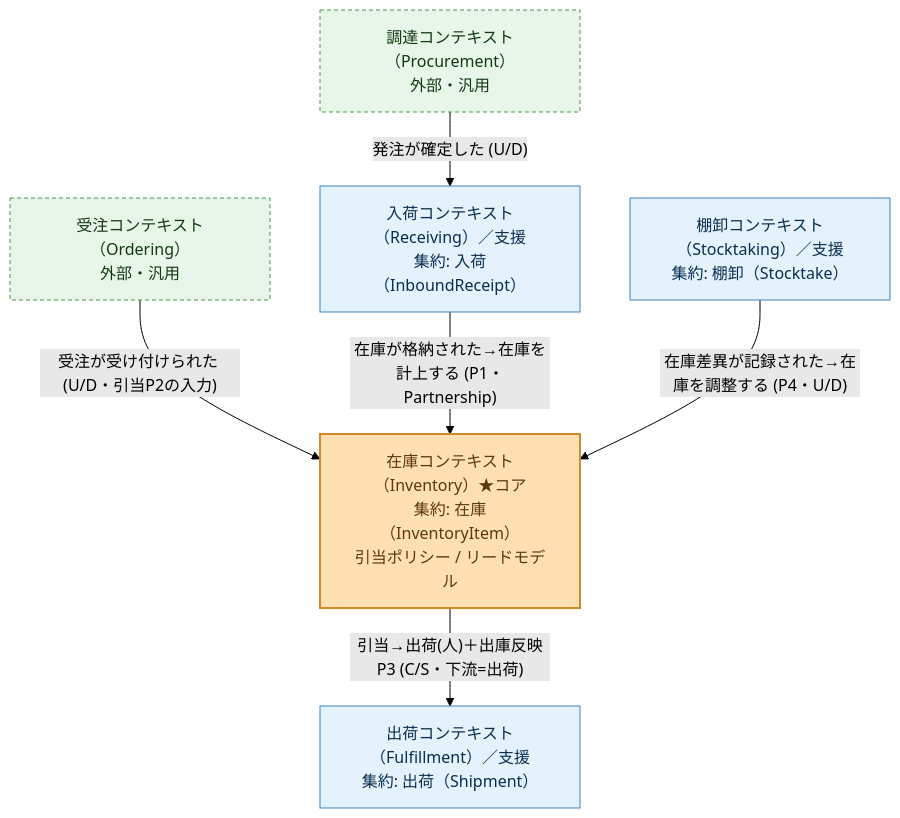
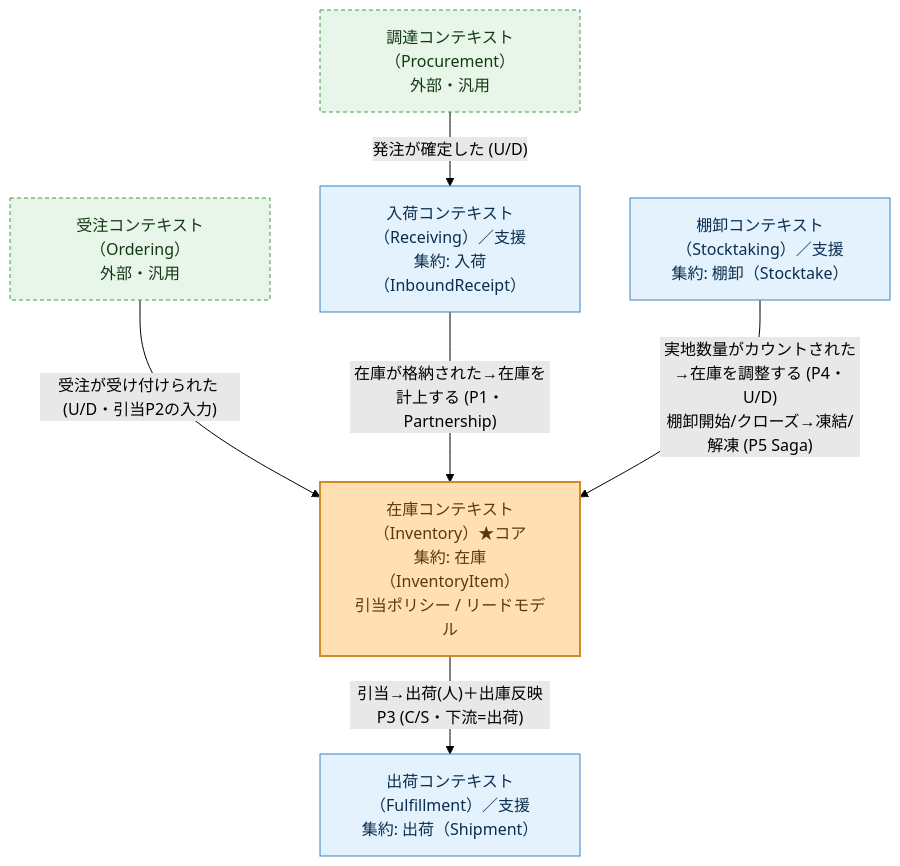
The diagram in docs/context-map.md (nenokido2000/event-sourcing-handson), drawn with Mermaid (forest theme) before and after one commit. The commit also changed other lines of this file and 7 other files, not shown here.

````diff
--- a/docs/context-map.md
+++ b/docs/context-map.md
@@ -9,20 +9,20 @@
 ```mermaid
 graph TB
     classDef core fill:#ffe0b2,stroke:#d08a2c,color:#5a3a0a,stroke-width:2px;
     classDef support fill:#e3f2fd,stroke:#3b82c4,color:#0b2e4f;
     classDef external fill:#e8f5e9,stroke:#4a9a4a,color:#123a12,stroke-dasharray:4 3;
 
     PROC["調達コンテキスト（Procurement）<br/>外部・汎用"]:::external
     ORD["受注コンテキスト（Ordering）<br/>外部・汎用"]:::external
 
     RCV["入荷コンテキスト（Receiving）／支援<br/>集約: 入荷（InboundReceipt）"]:::support
     INV["在庫コンテキスト（Inventory）★コア<br/>集約: 在庫（InventoryItem）<br/>引当ポリシー / リードモデル"]:::core
     FUL["出荷コンテキスト（Fulfillment）／支援<br/>集約: 出荷（Shipment）"]:::support
     STK["棚卸コンテキスト（Stocktaking）／支援<br/>集約: 棚卸（Stocktake）"]:::support
 
     PROC -->|"発注が確定した (U/D)"| RCV
     ORD -->|"受注が受け付けられた (U/D・引当P2の入力)"| INV
     RCV -->|"在庫が格納された→在庫を計上する (P1・Partnership)"| INV
     INV -->|"引当→出荷(人)＋出庫反映P3 (C/S・下流=出荷)"| FUL
-    STK -->|"在庫差異が記録された→在庫を調整する (P4・U/D)"| INV
+    STK -->|"実地数量がカウントされた→在庫を調整する (P4・U/D)<br/>棚卸開始/クローズ→凍結/解凍 (P5 Saga)"| INV
 ```
````
